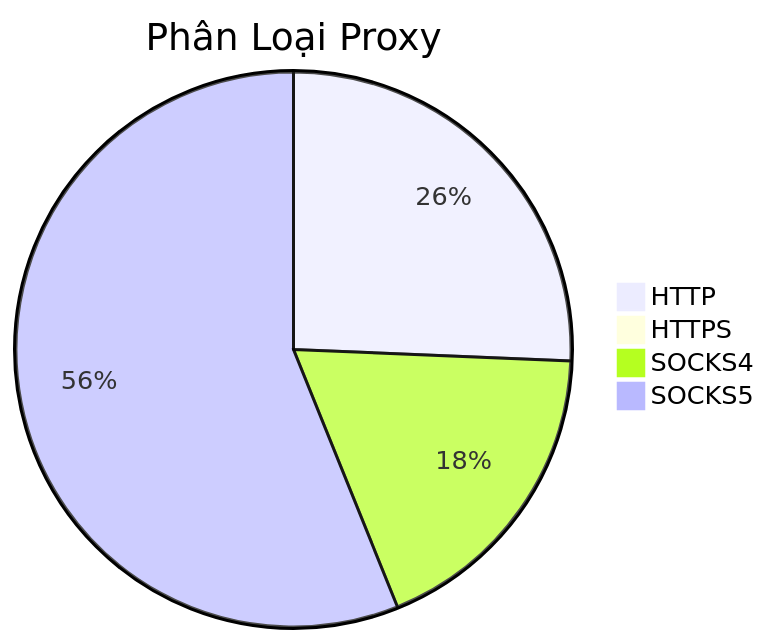
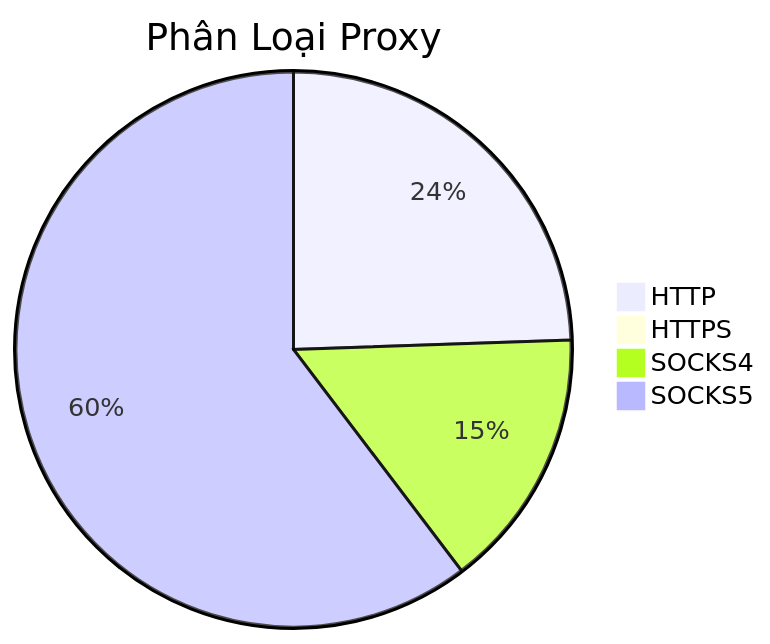
Before and after one commit to Ciara-12/PROXY-free: the diagram in README.md, drawn with Mermaid. The commit also changed other lines of this file and 3 other files, not shown here.

````diff
--- a/README.md
+++ b/README.md
@@ -26,7 +26,7 @@
 ```mermaid
 pie title Phân Loại Proxy
-    "HTTP" : 418
+    "HTTP" : 563
     "HTTPS" : 0
-    "SOCKS4" : 297
-    "SOCKS5" : 914
+    "SOCKS4" : 350
+    "SOCKS5" : 1389
 ```
````
